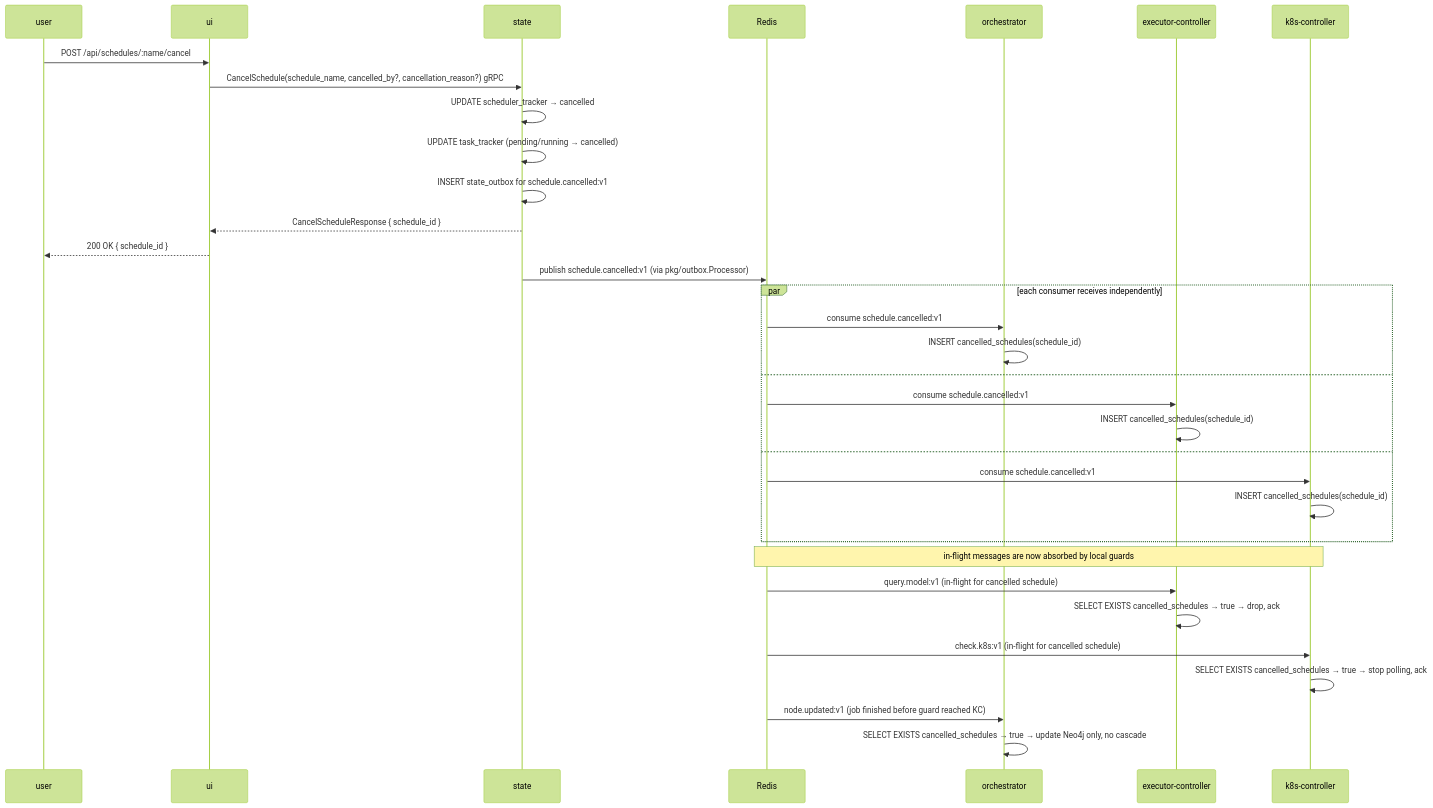
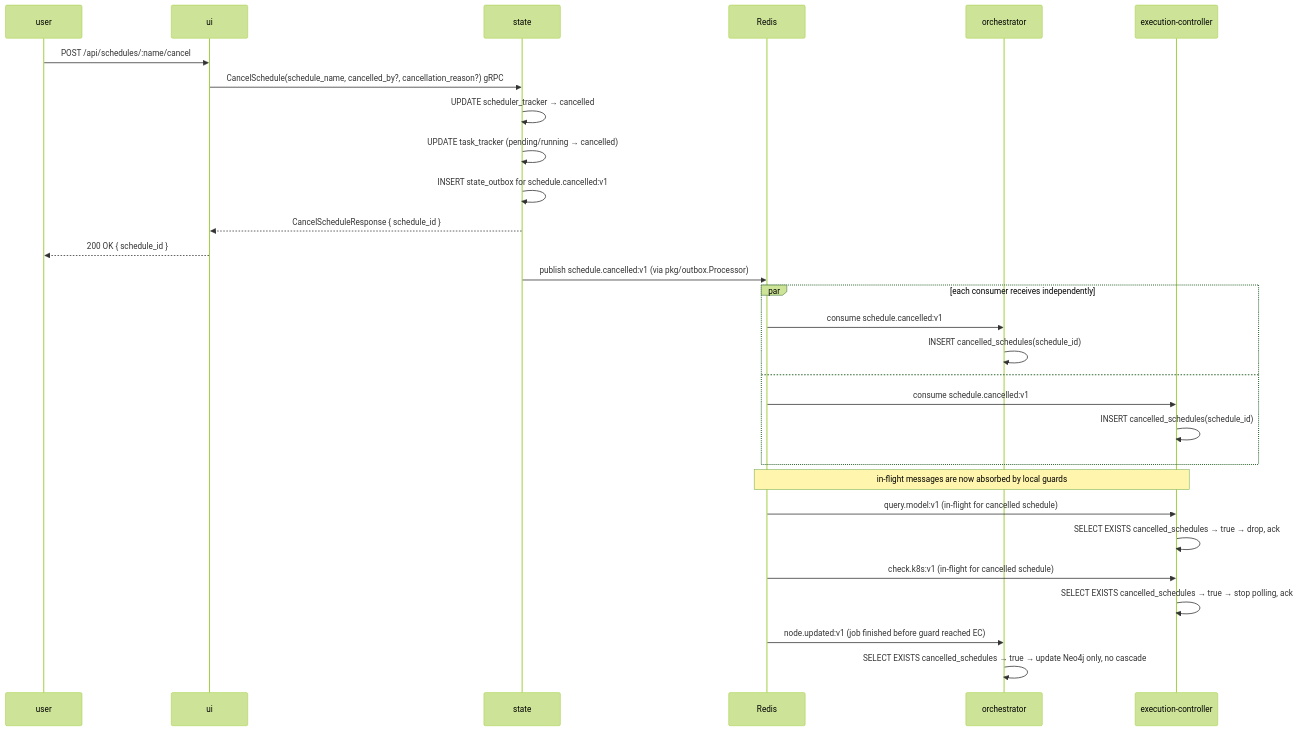
One commit to carolsimone/continuo changed the sixth of 16 diagrams in docs/arch/03-sequence-flows.md. Above: the diagram before and after it, drawn with Mermaid (forest theme). The commit also changed other lines of this file and 504 other files, not shown here.

First line of the commit message:
execution-controller: merge executor-controller and k8s-controller into one service (#553)

````diff
--- a/docs/arch/03-sequence-flows.md
+++ b/docs/arch/03-sequence-flows.md
@@ -186,42 +183,38 @@
 ```mermaid
 sequenceDiagram
   participant U as user
   participant UI as ui
   participant ST as state
   participant R as Redis
   participant OR as orchestrator
-  participant EC as executor-controller
-  participant KC as k8s-controller
+  participant EC as execution-controller
 
   U->>UI: POST /api/schedules/:name/cancel
   UI->>ST: CancelSchedule(schedule_name, cancelled_by?, cancellation_reason?) gRPC
   ST->>ST: UPDATE scheduler_tracker → cancelled
   ST->>ST: UPDATE task_tracker (pending/running → cancelled)
   ST->>ST: INSERT state_outbox for schedule.cancelled:v1
   ST-->>UI: CancelScheduleResponse { schedule_id }
   UI-->>U: 200 OK { schedule_id }
 
   ST->>R: publish schedule.cancelled:v1 (via pkg/outbox.Processor)
 
   par each consumer receives independently
     R->>OR: consume schedule.cancelled:v1
     OR->>OR: INSERT cancelled_schedules(schedule_id)
   and
     R->>EC: consume schedule.cancelled:v1
     EC->>EC: INSERT cancelled_schedules(schedule_id)
-  and
-    R->>KC: consume schedule.cancelled:v1
-    KC->>KC: INSERT cancelled_schedules(schedule_id)
   end
 
-  note over R,KC: in-flight messages are now absorbed by local guards
+  note over R,EC: in-flight messages are now absorbed by local guards
 
   R->>EC: query.model:v1 (in-flight for cancelled schedule)
   EC->>EC: SELECT EXISTS cancelled_schedules → true → drop, ack
 
-  R->>KC: check.k8s:v1 (in-flight for cancelled schedule)
-  KC->>KC: SELECT EXISTS cancelled_schedules → true → stop polling, ack
+  R->>EC: check.k8s:v1 (in-flight for cancelled schedule)
+  EC->>EC: SELECT EXISTS cancelled_schedules → true → stop polling, ack
 
-  R->>OR: node.updated:v1 (job finished before guard reached KC)
+  R->>OR: node.updated:v1 (job finished before guard reached EC)
   OR->>OR: SELECT EXISTS cancelled_schedules → true → update Neo4j only, no cascade
 ```
````
